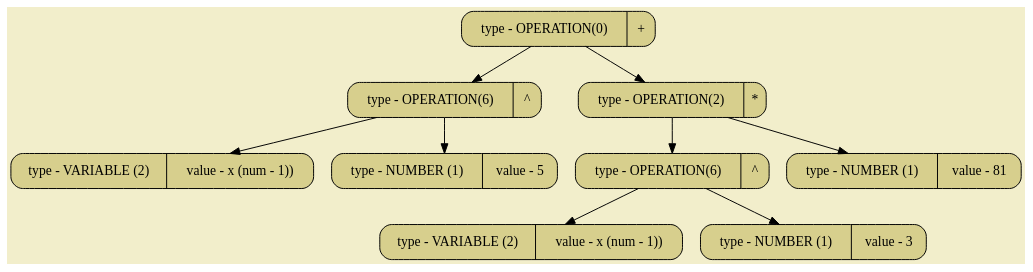
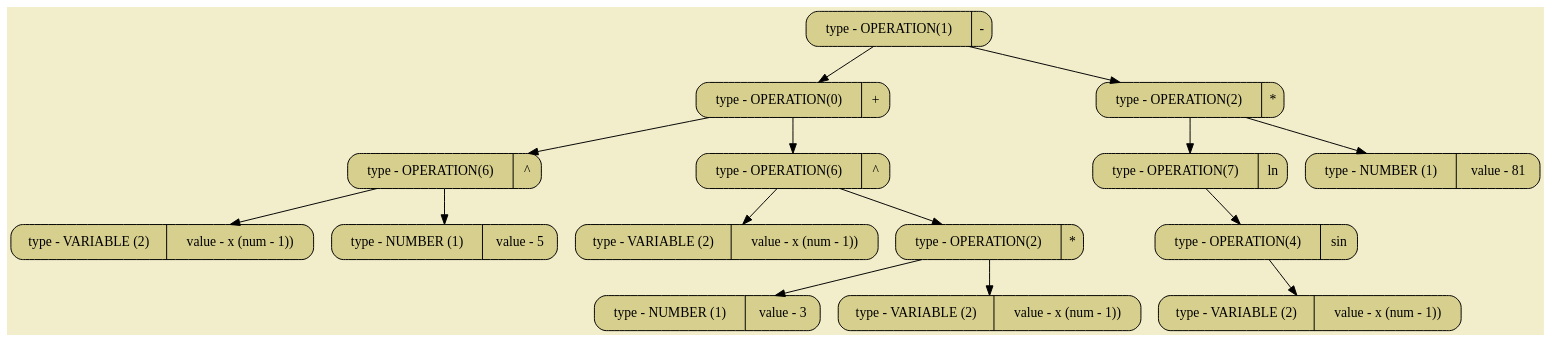
Before and after one commit to SashaKhaytina/Differenciator: the diagram in all_dumps/pictures/image02.dot, drawn with Graphviz. The commit also changed 12 other files, not shown here.

```diff
--- a/all_dumps/pictures/image02.dot
+++ b/all_dumps/pictures/image02.dot
@@ -1,22 +1,34 @@
 digraph
 {
 bgcolor="#F2EECB";
 rankdir = TB;
-POINT_0x6295e31396d0[shape=Mrecord, label = "type - OPERATION(0) | +", style="filled",fillcolor="#D7CF8D"]
-POINT_0x6295e31395b0[shape=Mrecord, label = "type - OPERATION(6) | ^", style="filled",fillcolor="#D7CF8D"]
-POINT_0x6295e3139580[shape=Mrecord, label = "type - VARIABLE (2) | value - x (num - 1))", style="filled",fillcolor="#D7CF8D"]
-POINT_0x6295e3139640[shape=Mrecord, label = "type - NUMBER (1) | value - 5", style="filled",fillcolor="#D7CF8D"]
-POINT_0x6295e31397b0[shape=Mrecord, label = "type - OPERATION(2) | *", style="filled",fillcolor="#D7CF8D"]
-POINT_0x6295e3139750[shape=Mrecord, label = "type - OPERATION(6) | ^", style="filled",fillcolor="#D7CF8D"]
-POINT_0x6295e3139720[shape=Mrecord, label = "type - VARIABLE (2) | value - x (num - 1))", style="filled",fillcolor="#D7CF8D"]
-POINT_0x6295e3139780[shape=Mrecord, label = "type - NUMBER (1) | value - 3", style="filled",fillcolor="#D7CF8D"]
-POINT_0x6295e31398d0[shape=Mrecord, label = "type - NUMBER (1) | value - 81", style="filled",fillcolor="#D7CF8D"]
-POINT_0x6295e31396d0 -> POINT_0x6295e31395b0
-POINT_0x6295e31396d0 -> POINT_0x6295e31397b0
-POINT_0x6295e31395b0 -> POINT_0x6295e3139580
-POINT_0x6295e31395b0 -> POINT_0x6295e3139640
-POINT_0x6295e31397b0 -> POINT_0x6295e3139750
-POINT_0x6295e31397b0 -> POINT_0x6295e31398d0
-POINT_0x6295e3139750 -> POINT_0x6295e3139720
-POINT_0x6295e3139750 -> POINT_0x6295e3139780
+POINT_0x5e3315afe910[shape=Mrecord, label = "type - OPERATION(1) | -", style="filled",fillcolor="#D7CF8D"]
+POINT_0x5e3315afe750[shape=Mrecord, label = "type - OPERATION(0) | +", style="filled",fillcolor="#D7CF8D"]
+POINT_0x5e3315afe630[shape=Mrecord, label = "type - OPERATION(6) | ^", style="filled",fillcolor="#D7CF8D"]
+POINT_0x5e3315afe600[shape=Mrecord, label = "type - VARIABLE (2) | value - x (num - 1))", style="filled",fillcolor="#D7CF8D"]
+POINT_0x5e3315afe6c0[shape=Mrecord, label = "type - NUMBER (1) | value - 5", style="filled",fillcolor="#D7CF8D"]
+POINT_0x5e3315afe7d0[shape=Mrecord, label = "type - OPERATION(6) | ^", style="filled",fillcolor="#D7CF8D"]
+POINT_0x5e3315afe7a0[shape=Mrecord, label = "type - VARIABLE (2) | value - x (num - 1))", style="filled",fillcolor="#D7CF8D"]
+POINT_0x5e3315afe860[shape=Mrecord, label = "type - OPERATION(2) | *", style="filled",fillcolor="#D7CF8D"]
+POINT_0x5e3315afe830[shape=Mrecord, label = "type - NUMBER (1) | value - 3", style="filled",fillcolor="#D7CF8D"]
+POINT_0x5e3315afe8b0[shape=Mrecord, label = "type - VARIABLE (2) | value - x (num - 1))", style="filled",fillcolor="#D7CF8D"]
+POINT_0x5e3315afeaf0[shape=Mrecord, label = "type - OPERATION(2) | *", style="filled",fillcolor="#D7CF8D"]
+POINT_0x5e3315afe960[shape=Mrecord, label = "type - OPERATION(7) | ln", style="filled",fillcolor="#D7CF8D"]
+POINT_0x5e3315afe9e0[shape=Mrecord, label = "type - OPERATION(4) | sin", style="filled",fillcolor="#D7CF8D"]
+POINT_0x5e3315afea60[shape=Mrecord, label = "type - VARIABLE (2) | value - x (num - 1))", style="filled",fillcolor="#D7CF8D"]
+POINT_0x5e3315afec10[shape=Mrecord, label = "type - NUMBER (1) | value - 81", style="filled",fillcolor="#D7CF8D"]
+POINT_0x5e3315afe910 -> POINT_0x5e3315afe750
+POINT_0x5e3315afe910 -> POINT_0x5e3315afeaf0
+POINT_0x5e3315afe750 -> POINT_0x5e3315afe630
+POINT_0x5e3315afe750 -> POINT_0x5e3315afe7d0
+POINT_0x5e3315afe630 -> POINT_0x5e3315afe600
+POINT_0x5e3315afe630 -> POINT_0x5e3315afe6c0
+POINT_0x5e3315afe7d0 -> POINT_0x5e3315afe7a0
+POINT_0x5e3315afe7d0 -> POINT_0x5e3315afe860
+POINT_0x5e3315afe860 -> POINT_0x5e3315afe830
+POINT_0x5e3315afe860 -> POINT_0x5e3315afe8b0
+POINT_0x5e3315afeaf0 -> POINT_0x5e3315afe960
+POINT_0x5e3315afeaf0 -> POINT_0x5e3315afec10
+POINT_0x5e3315afe960 -> POINT_0x5e3315afe9e0
+POINT_0x5e3315afe9e0 -> POINT_0x5e3315afea60
 }
```
